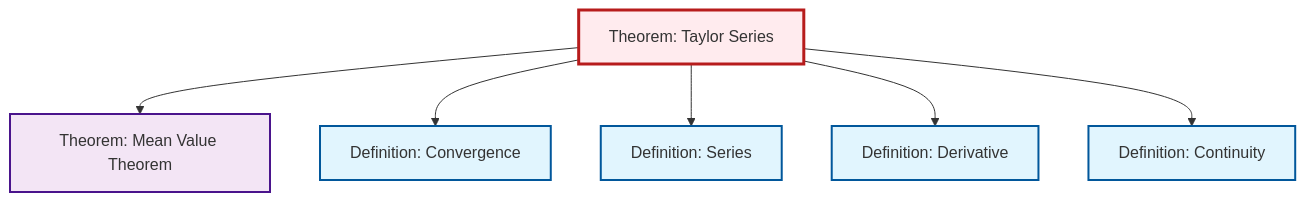
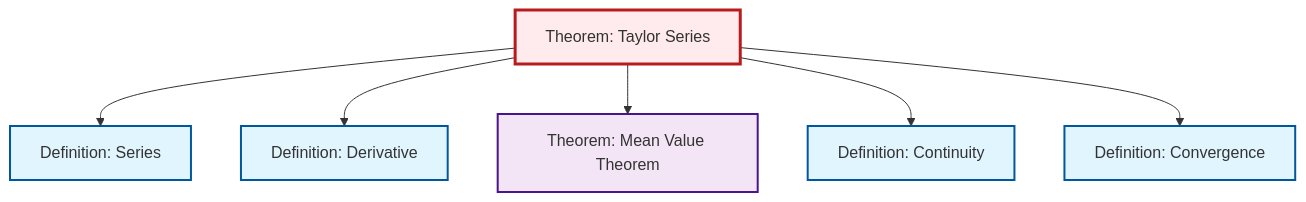
One commit to RK0429/ModernMath changed the diagram in content/en/analysis/thm-taylor-series.qmd. Above: the diagram before and after it, drawn with Mermaid. The commit also changed other lines of this file and 597 other files, not shown here.

````diff
--- a/content/en/analysis/thm-taylor-series.qmd
+++ b/content/en/analysis/thm-taylor-series.qmd
@@ -107,26 +107,26 @@
 ```{mermaid}
 %%| fig-cap: "Local dependency graph"
 graph TD
     classDef definition fill:#e1f5fe,stroke:#01579b,stroke-width:2px
     classDef theorem fill:#f3e5f5,stroke:#4a148c,stroke-width:2px
     classDef axiom fill:#fff3e0,stroke:#e65100,stroke-width:2px
     classDef example fill:#e8f5e9,stroke:#1b5e20,stroke-width:2px
     classDef current fill:#ffebee,stroke:#b71c1c,stroke-width:3px
-    def-convergence["Definition: Convergence"]:::definition
+    def-derivative["Definition: Derivative"]:::definition
     def-series["Definition: Series"]:::definition
     thm-mean-value["Theorem: Mean Value Theorem"]:::theorem
-    def-derivative["Definition: Derivative"]:::definition
     thm-taylor-series["Theorem: Taylor Series"]:::theorem
+    def-convergence["Definition: Convergence"]:::definition
     def-continuity["Definition: Continuity"]:::definition
-    thm-taylor-series --> thm-mean-value
-    thm-taylor-series --> def-convergence
     thm-taylor-series --> def-series
     thm-taylor-series --> def-derivative
+    thm-taylor-series --> thm-mean-value
     thm-taylor-series --> def-continuity
+    thm-taylor-series --> def-convergence
     class thm-taylor-series current
-    click def-convergence "def-convergence.html" "Go to Convergence definition"
+    click def-derivative "def-derivative.html" "Go to Derivative definition"
     click def-series "def-series.html" "Go to Series definition"
     click thm-mean-value "thm-mean-value.html" "Go to Mean Value Theorem theorem"
-    click def-derivative "def-derivative.html" "Go to Derivative definition"
+    click def-convergence "def-convergence.html" "Go to Convergence definition"
     click def-continuity "def-continuity.html" "Go to Continuity definition"
 ```
````
